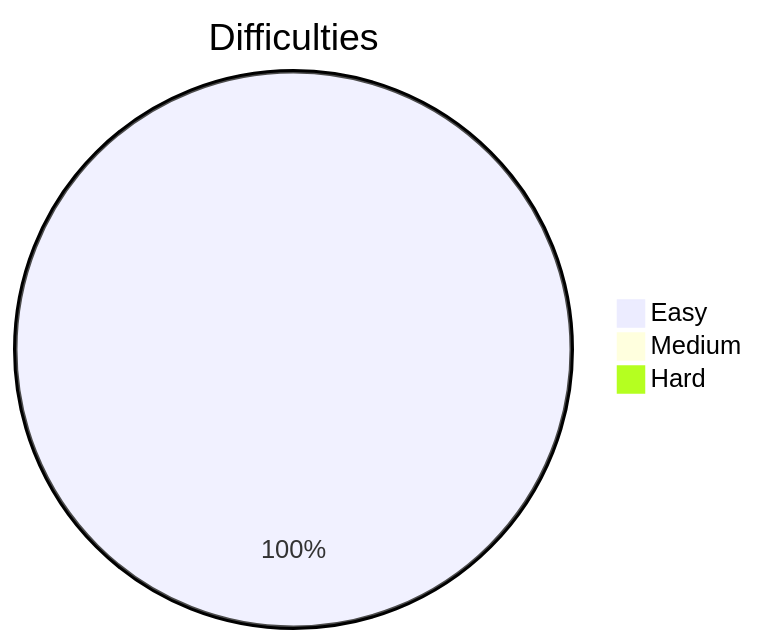
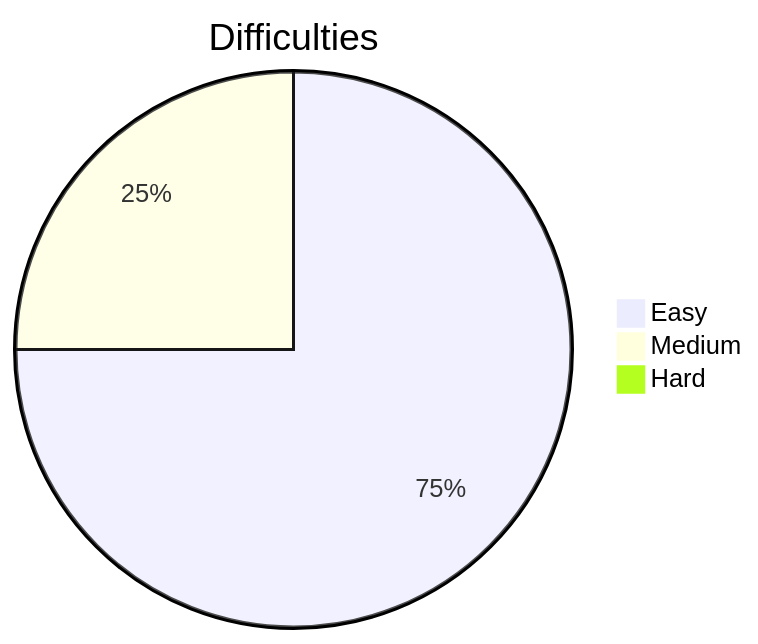
Before and after one commit to Parth099/Leetcode-Solutions: the diagram in README.md, drawn with Mermaid. The commit also changed other lines of this file and 1 other file, not shown here.

````diff
--- a/README.md
+++ b/README.md
@@ -5,7 +5,7 @@
 ```mermaid
 pie
     title Difficulties
     "Easy"   : 3
-    "Medium" : 0
-    "Hard"   : 0 
+    "Medium" : 1
+    "Hard"   : 0
 ```
````
